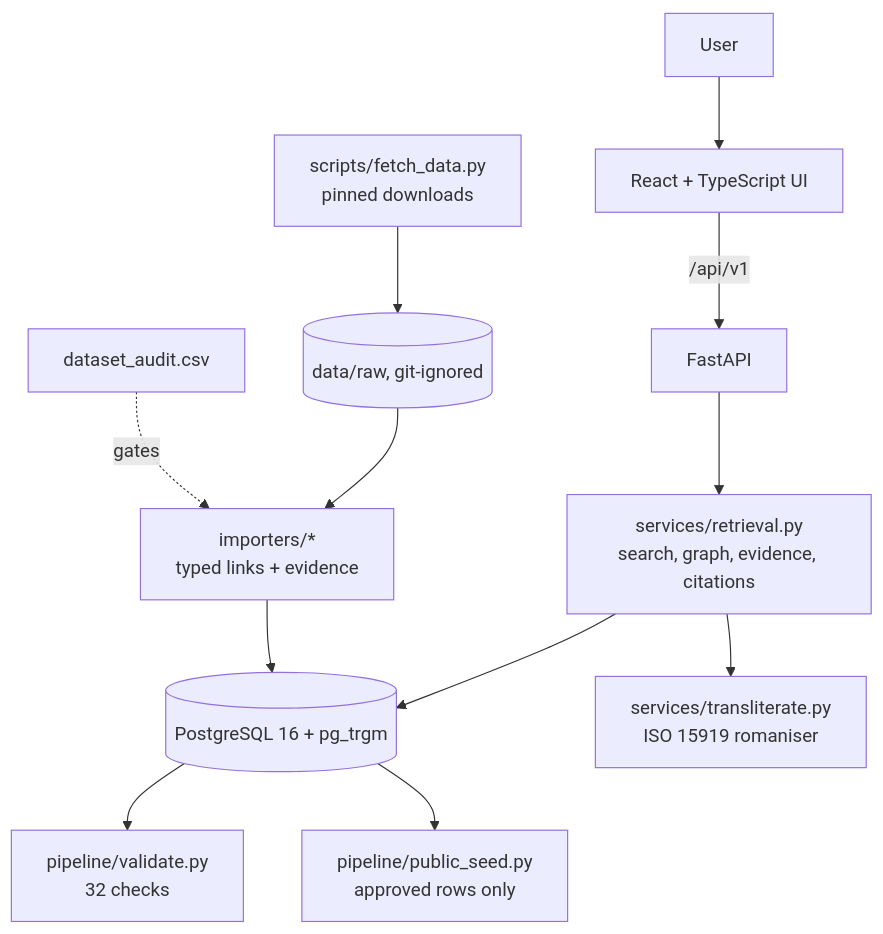
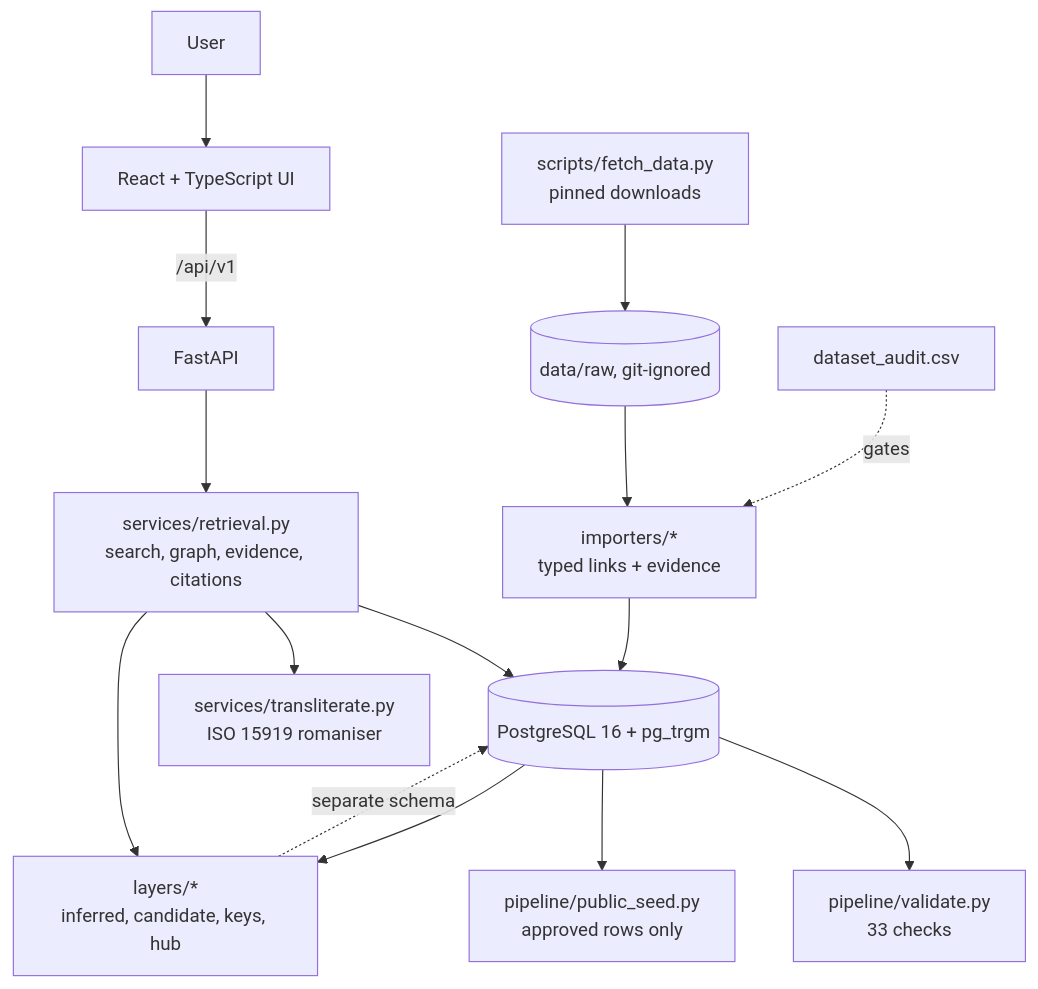
Before and after one commit to Vaidurya-s/Linguistic-DNA: the diagram in docs/TECHNICAL_ARCHITECTURE.md, drawn with Mermaid. The commit also changed other lines of this file and 4 other files, not shown here.

Commit message:
Docs: layers schema, new endpoints, der retype rule, test counts

````diff
--- a/docs/TECHNICAL_ARCHITECTURE.md
+++ b/docs/TECHNICAL_ARCHITECTURE.md
@@ -22,14 +22,17 @@
 ```mermaid
 flowchart TD
     U[User] --> FE[React + TypeScript UI]
     FE -->|/api/v1| API[FastAPI]
     API --> RET[services/retrieval.py<br/>search, graph, evidence, citations]
     RET --> DB[(PostgreSQL 16 + pg_trgm)]
     RET --> TR[services/transliterate.py<br/>ISO 15919 romaniser]
     FETCH[scripts/fetch_data.py<br/>pinned downloads] --> RAW[(data/raw, git-ignored)]
     RAW --> IMP[importers/*<br/>typed links + evidence]
     AUD[dataset_audit.csv] -. gates .-> IMP
     IMP --> DB
-    DB --> VAL[pipeline/validate.py<br/>32 checks]
+    DB --> VAL[pipeline/validate.py<br/>33 checks]
     DB --> SEED[pipeline/public_seed.py<br/>approved rows only]
+    DB --> LAY[layers/*<br/>inferred, candidate, keys, hub]
+    LAY -. separate schema .-> DB
+    RET --> LAY
 ```
````
